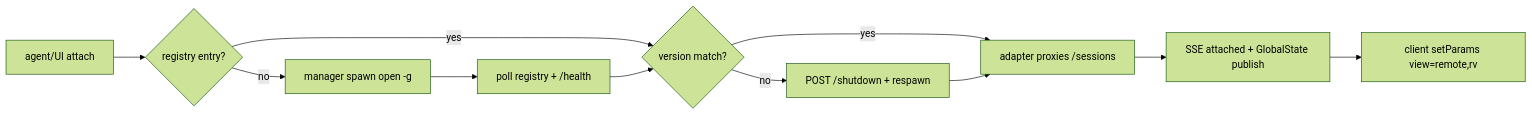
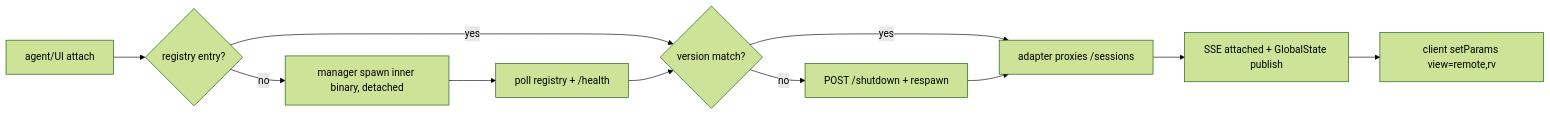
The second of 3 diagrams in docs/plans/088-remote-app-view/tasks/phase-5-lifecycle-agent-surface-events/tasks.md (AI-Substrate/chainglass), drawn with Mermaid (forest theme) before and after one commit. The commit also changed other lines of this file and 6 other files, not shown here.

````diff
--- a/docs/plans/088-remote-app-view/tasks/phase-5-lifecycle-agent-surface-events/tasks.md
+++ b/docs/plans/088-remote-app-view/tasks/phase-5-lifecycle-agent-surface-events/tasks.md
@@ -225,13 +225,13 @@
 ```mermaid
 flowchart LR
     A[agent/UI attach] --> B{registry entry?}
-    B -- no --> C[manager spawn open -g]
+    B -- no --> C[manager spawn inner binary, detached]
     C --> D[poll registry + /health]
     B -- yes --> E{version match?}
     D --> E
     E -- no --> F[POST /shutdown + respawn]
     E -- yes --> G[adapter proxies /sessions]
     F --> G
     G --> H[SSE attached + GlobalState publish]
     H --> I[client setParams view=remote,rv]
 ```
````
